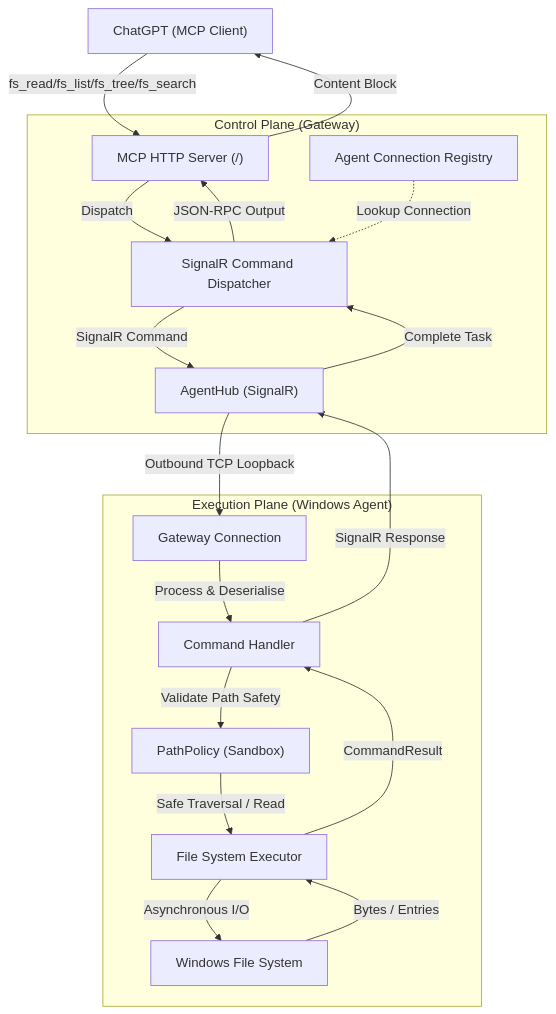
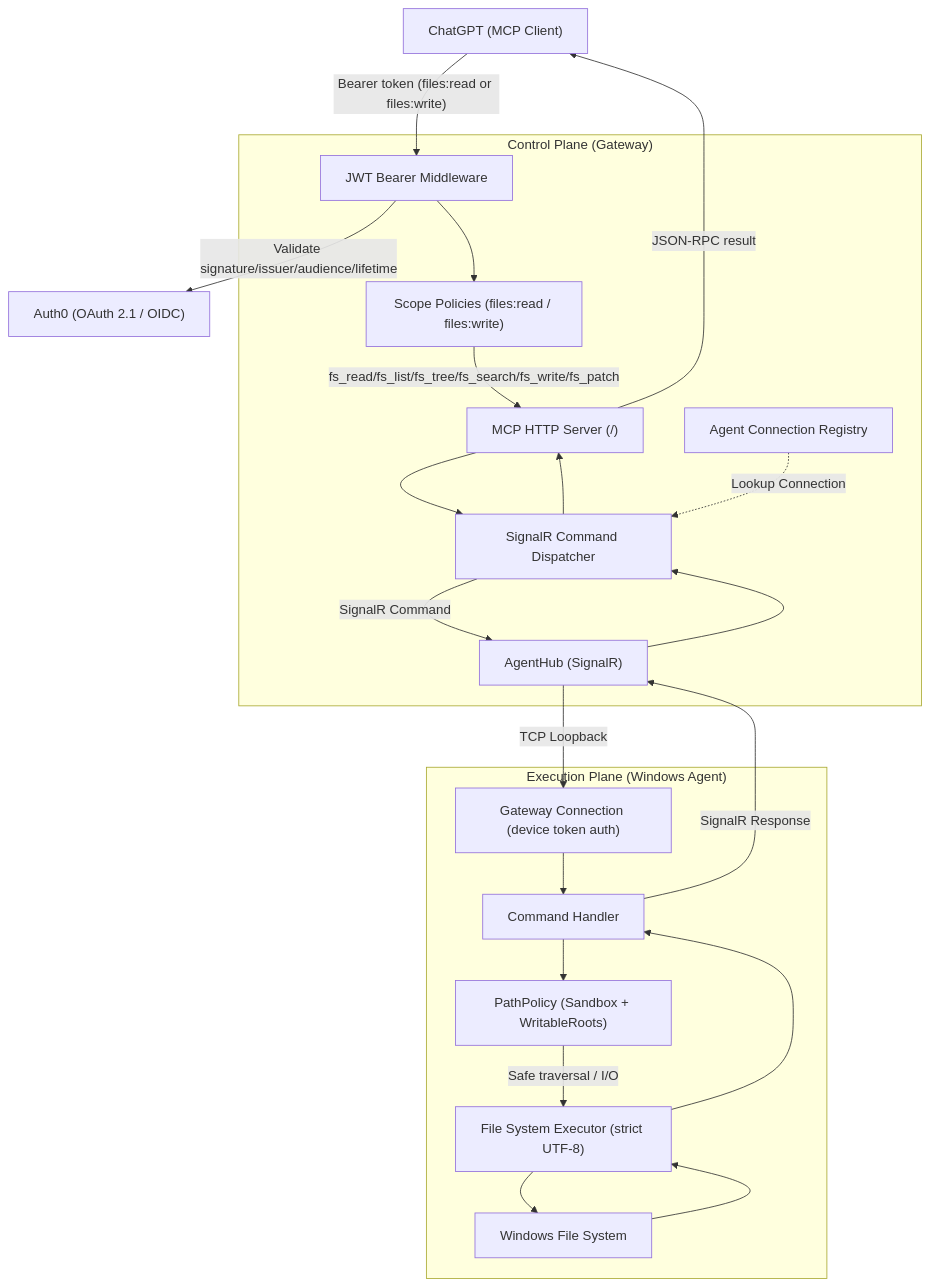
One commit to thanhdiner/Agent-Bridge changed the diagram in README.md. Above: the diagram before and after it, drawn with Mermaid. The commit also changed other lines of this file and 30 other files, not shown here.

Commit message:
feat: add secure fs_write and fs_patch tools

````diff
--- a/README.md
+++ b/README.md
@@ -9,35 +9,41 @@
 ```mermaid
 graph TD
     Client["ChatGPT (MCP Client)"]
+    Auth0["Auth0 (OAuth 2.1 / OIDC)"]
 
     subgraph ControlPlane["Control Plane (Gateway)"]
         McpServer["MCP HTTP Server (/)"]
         Registry["Agent Connection Registry"]
         Dispatcher["SignalR Command Dispatcher"]
         Hub["AgentHub (SignalR)"]
+        JwtMiddleware["JWT Bearer Middleware"]
+        ScopePolicies["Scope Policies (files:read / files:write)"]
     end
 
     subgraph ExecutionPlane["Execution Plane (Windows Agent)"]
-        Conn["Gateway Connection"]
+        Conn["Gateway Connection (device token auth)"]
         Handler["Command Handler"]
-        Sandbox["PathPolicy (Sandbox)"]
-        Executor["File System Executor"]
+        Sandbox["PathPolicy (Sandbox + WritableRoots)"]
+        Executor["File System Executor (strict UTF-8)"]
         Disk["Windows File System"]
     end
 
-    Client -->|fs_read/fs_list/fs_tree/fs_search| McpServer
-    McpServer -->|Dispatch| Dispatcher
+    Client -->|"Bearer token (files:read or files:write)"| JwtMiddleware
+    JwtMiddleware -->|Validate signature/issuer/audience/lifetime| Auth0
+    JwtMiddleware --> ScopePolicies
+    ScopePolicies -->|fs_read/fs_list/fs_tree/fs_search/fs_write/fs_patch| McpServer
+    McpServer --> Dispatcher
     Registry -.->|Lookup Connection| Dispatcher
     Dispatcher -->|SignalR Command| Hub
-    Hub -->|Outbound TCP Loopback| Conn
-    Conn -->|Process & Deserialise| Handler
-    Handler -->|Validate Path Safety| Sandbox
-    Sandbox -->|Safe Traversal / Read| Executor
-    Executor -->|Asynchronous I/O| Disk
-    Disk -->|Bytes / Entries| Executor
-    Executor -->|CommandResult| Handler
+    Hub -->|TCP Loopback| Conn
+    Conn --> Handler
+    Handler --> Sandbox
+    Sandbox -->|Safe traversal / I/O| Executor
+    Executor --> Disk
+    Disk --> Executor
+    Executor --> Handler
     Handler -->|SignalR Response| Hub
-    Hub -->|Complete Task| Dispatcher
-    Dispatcher -->|JSON-RPC Output| McpServer
-    McpServer -->|Content Block| Client
+    Hub --> Dispatcher
+    Dispatcher --> McpServer
+    McpServer -->|JSON-RPC result| Client
 ```
````
